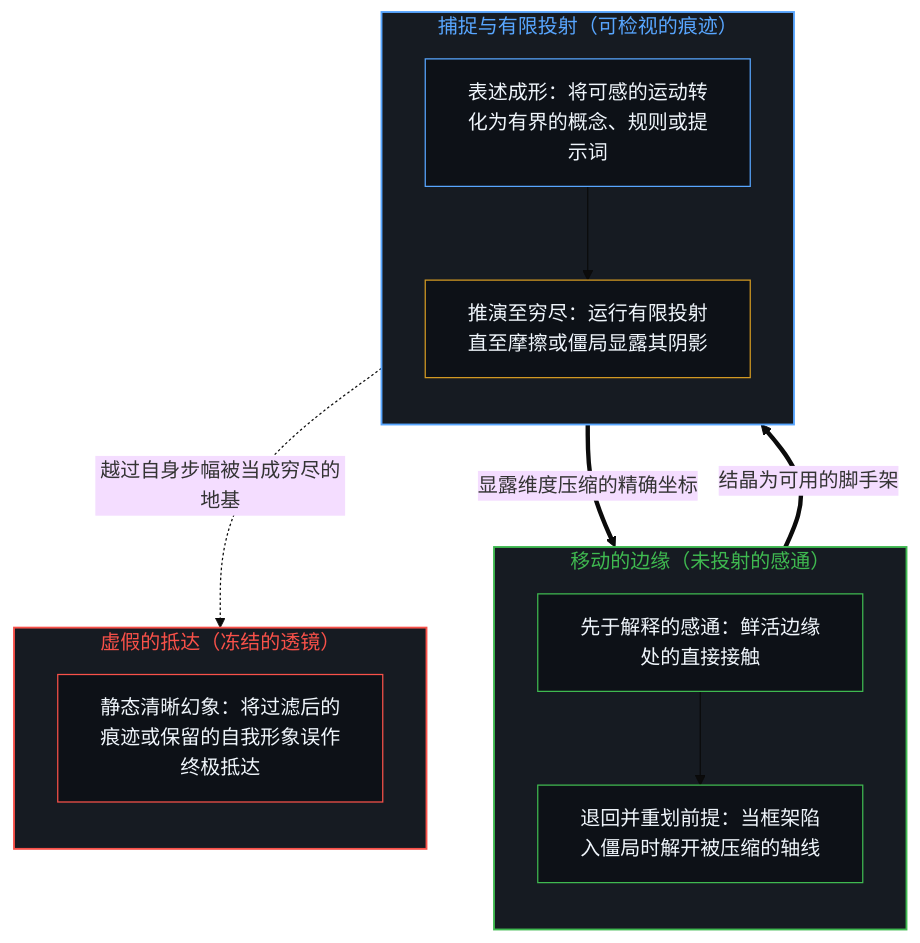
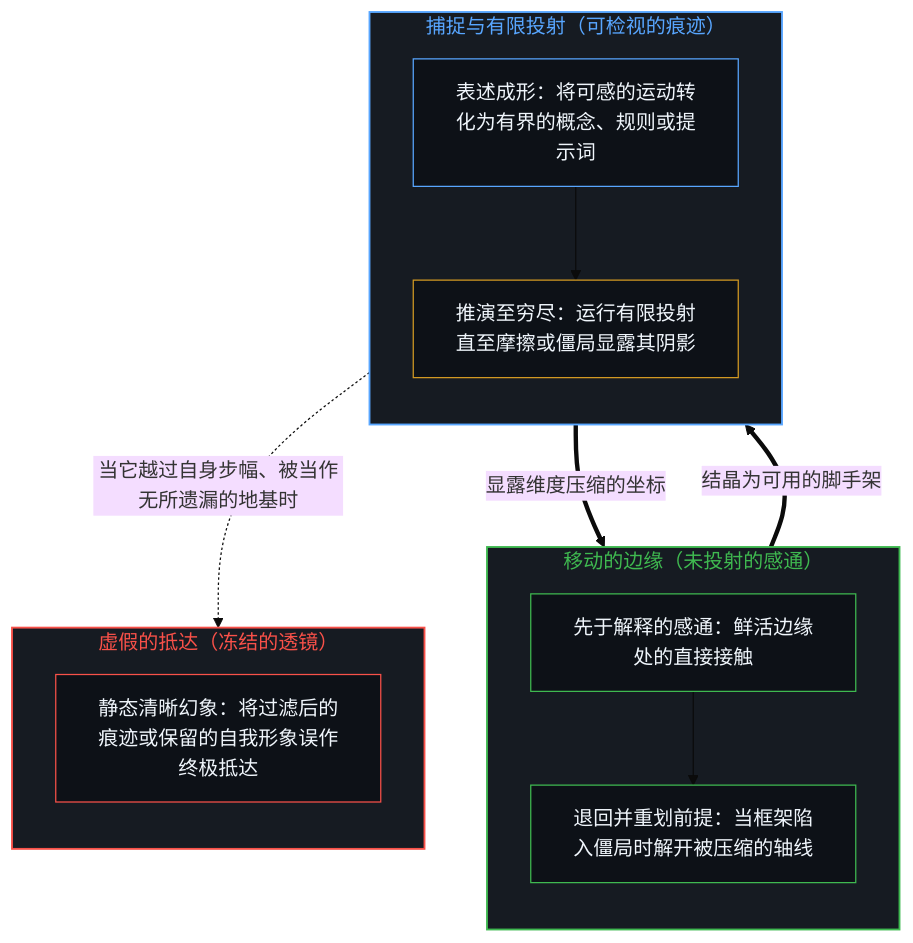
The first of 2 diagrams in content/posts/clarity-isnt-a-state-you-arrive-at.md (powerpig99/not-a-toe), drawn with Mermaid (base theme) before and after one commit. The commit also changed other lines of this file and 13 other files, not shown here.

````diff
--- a/content/posts/clarity-isnt-a-state-you-arrive-at.md
+++ b/content/posts/clarity-isnt-a-state-you-arrive-at.md
@@ -61,30 +61,30 @@
 ```mermaid
 flowchart TD
     subgraph S_Edge["移动的边缘（未投射的感通）"]
         direction TB
         Sense["先于解释的感通：鲜活边缘处的直接接触"]
         StepOut["退回并重划前提：当框架陷入僵局时解开被压缩的轴线"]
         Sense --> StepOut
     end
     subgraph S_Proj["捕捉与有限投射（可检视的痕迹）"]
         direction TB
         Articulate["表述成形：将可感的运动转化为有界的概念、规则或提示词"]
         Exhaust["推演至穷尽：运行有限投射直至摩擦或僵局显露其阴影"]
         Articulate --> Exhaust
     end
     subgraph S_Freeze["虚假的抵达（冻结的透镜）"]
         direction TB
         Monument["静态清晰幻象：将过滤后的痕迹或保留的自我形象误作终极抵达"]
     end
     StepOut ==>|"结晶为可用的脚手架"| Articulate
-    Exhaust ==>|"显露维度压缩的精确坐标"| StepOut
-    Articulate -.->|"越过自身步幅被当成穷尽的地基"| Monument
+    Exhaust ==>|"显露维度压缩的坐标"| StepOut
+    Articulate -.->|"当它越过自身步幅、被当作无所遗漏的地基时"| Monument
     style S_Edge fill:#161b22,stroke:#3fb950,stroke-width:1.5px,color:#3fb950
     style S_Proj fill:#161b22,stroke:#58a6ff,stroke-width:1.5px,color:#58a6ff
     style S_Freeze fill:#161b22,stroke:#f85149,stroke-width:1.5px,color:#f85149
     style Sense fill:#0d1117,stroke:#3fb950,stroke-width:1px,color:#f0f6fc
     style StepOut fill:#0d1117,stroke:#3fb950,stroke-width:1px,color:#f0f6fc
     style Articulate fill:#0d1117,stroke:#58a6ff,stroke-width:1px,color:#f0f6fc
     style Exhaust fill:#0d1117,stroke:#d29922,stroke-width:1px,color:#f0f6fc
     style Monument fill:#0d1117,stroke:#f85149,stroke-width:1px,color:#f0f6fc
 ```
````
